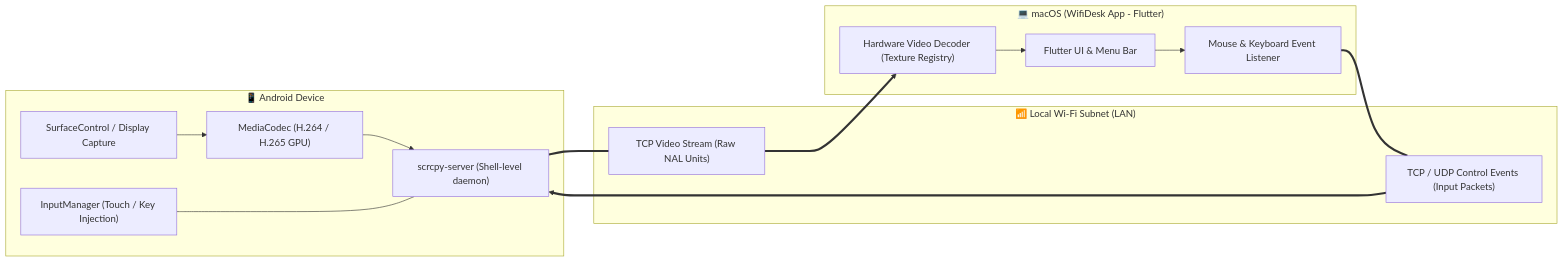
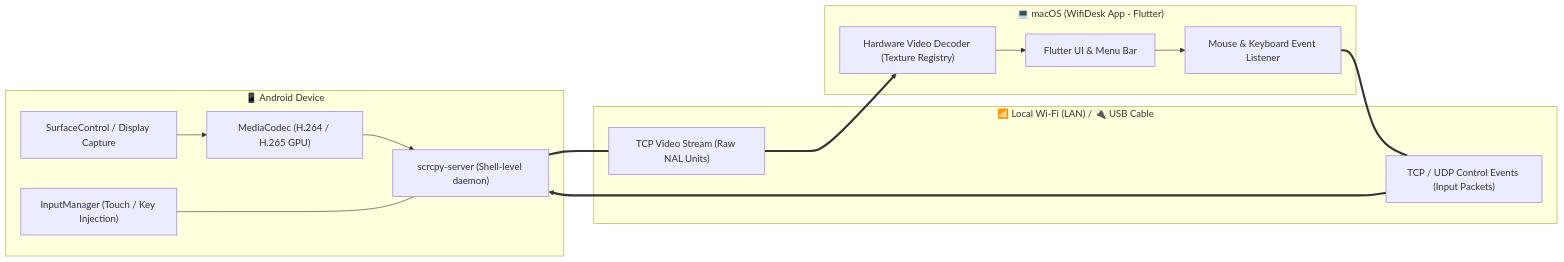
Before and after one commit to az-coder-123/azdroid: the diagram in README.md, drawn with Mermaid. The commit also changed other lines of this file and 1 other file, not shown here.

Commit message:
docs: update README and pubspec to reflect new USB connectivity support

````diff
--- a/README.md
+++ b/README.md
@@ -78,21 +78,21 @@
 ```mermaid
 flowchart LR
     subgraph AndroidDevice ["📱 Android Device"]
         A1["SurfaceControl / Display Capture"] --> A2["MediaCodec (H.264 / H.265 GPU)"]
         A2 --> A3["scrcpy-server (Shell-level daemon)"]
         A4["InputManager (Touch / Key Injection)"] <--- A3
     end
 
-    subgraph LocalNetwork ["📶 Local Wi-Fi Subnet (LAN)"]
+    subgraph Transport ["📶 Local Wi-Fi (LAN) / 🔌 USB Cable"]
         V_STREAM["TCP Video Stream (Raw NAL Units)"]
         C_SOCKET["TCP / UDP Control Events (Input Packets)"]
     end
 
     subgraph MacApp ["💻 macOS (WifiDesk App - Flutter)"]
         M1["Flutter UI & Menu Bar"] --> M2["Mouse & Keyboard Event Listener"]
         M3["Hardware Video Decoder (Texture Registry)"] --> M1
     end
 
     A3 === V_STREAM ===> M3
     M2 === C_SOCKET ===> A3
 ```
````
